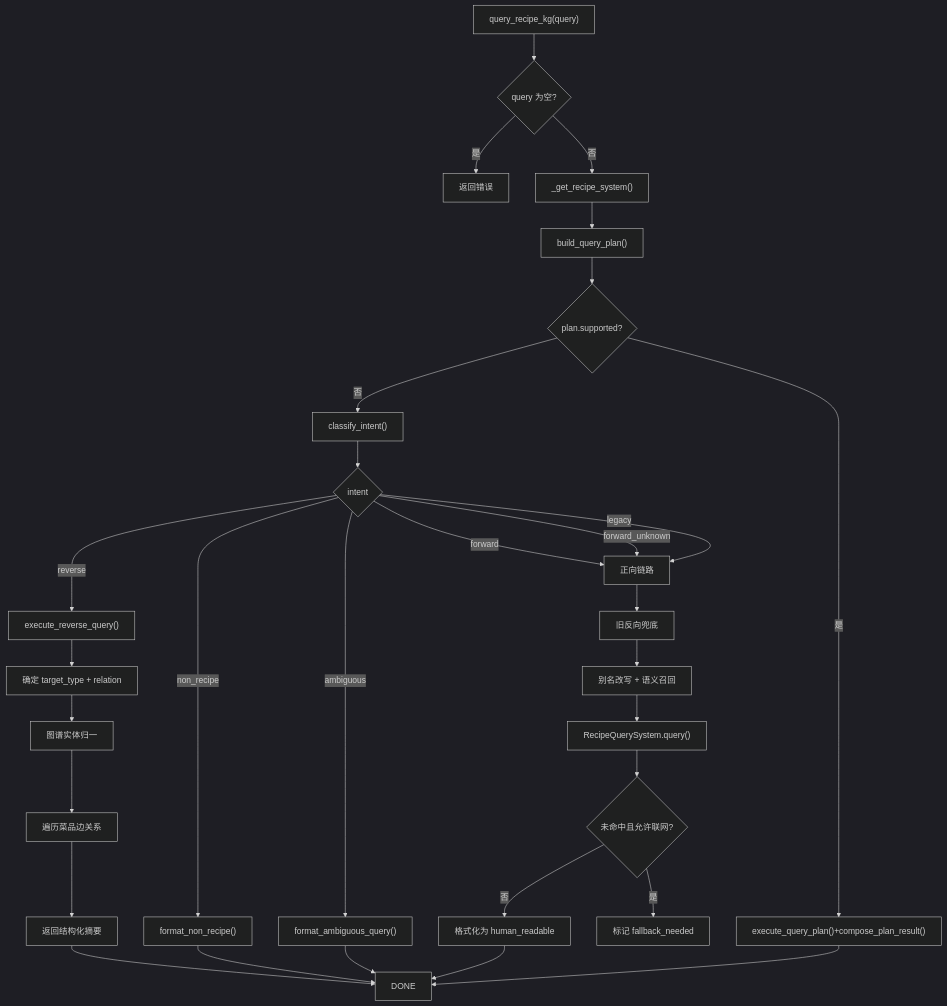
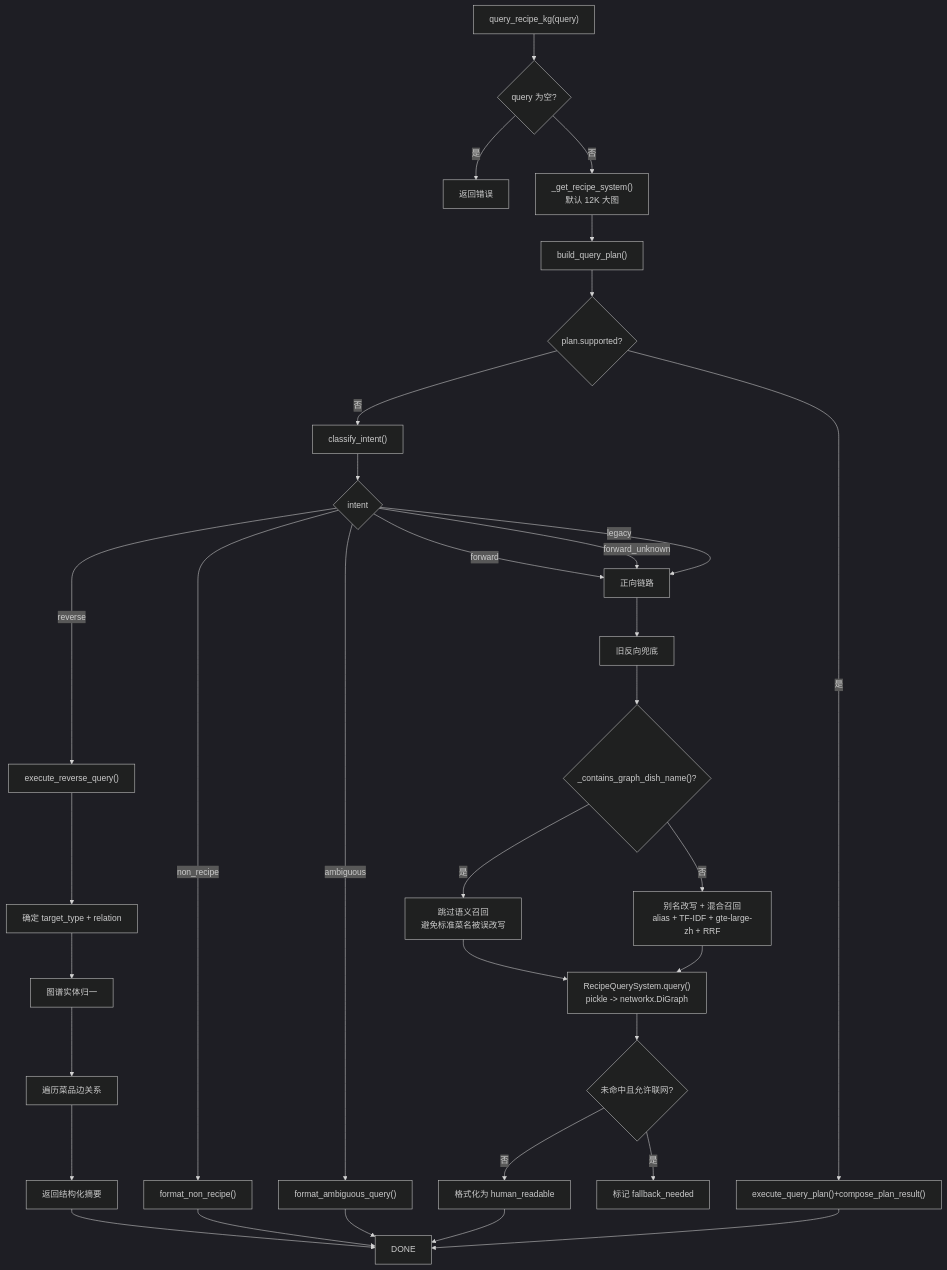
The fourth of 7 diagrams in doc/USER_MESSAGE_CALL_CHAIN.md (QDcvd/CookGraph), drawn with Mermaid (dark theme) before and after one commit. The commit also changed other lines of this file and 1 other file, not shown here.

````diff
--- a/doc/USER_MESSAGE_CALL_CHAIN.md
+++ b/doc/USER_MESSAGE_CALL_CHAIN.md
@@ -166,34 +169,37 @@
 ```mermaid
 flowchart TD
     A["query_recipe_kg(query)"] --> B{"query 为空?"}
     B -->|是| B1["返回错误"]
-    B -->|否| C["_get_recipe_system()"]
+    B -->|否| C["_get_recipe_system()<br/>默认 12K 大图"]
 
     C --> D1["build_query_plan()"]
     D1 --> D2{"plan.supported?"}
     D2 -->|是| D3["execute_query_plan()+compose_plan_result()"]
     D2 -->|否| E["classify_intent()"]
 
     E --> F{"intent"}
     F -->|non_recipe| G1["format_non_recipe()"]
     F -->|ambiguous| G2["format_ambiguous_query()"]
     F -->|reverse| G3["execute_reverse_query()"]
     F -->|forward| G4["正向链路"]
     F -->|forward_unknown| G4
     F -->|legacy| G4
 
     G3 --> G3a["确定 target_type + relation"]
     G3a --> G3b["图谱实体归一"]
     G3b --> G3c["遍历菜品边关系"]
     G3c --> G3d["返回结构化摘要"]
     G3d --> DONE
     G1 --> DONE; G2 --> DONE
 
     G4 --> H["旧反向兜底"]
-    H --> I["别名改写 + 语义召回"]
-    I --> J["RecipeQuerySystem.query()"]
+    H --> I{"_contains_graph_dish_name()?"}
+    I -->|是| I1["跳过语义召回<br/>避免标准菜名被误改写"]
+    I -->|否| I2["别名改写 + 混合召回<br/>alias + TF-IDF + gte-large-zh + RRF"]
+    I1 --> J["RecipeQuerySystem.query()<br/>pickle -> networkx.DiGraph"]
+    I2 --> J
     J --> K{"未命中且允许联网?"}
     K -->|是| L["标记 fallback_needed"]
     K -->|否| M["格式化为 human_readable"]
     M --> DONE; D3 --> DONE
 ```
````
